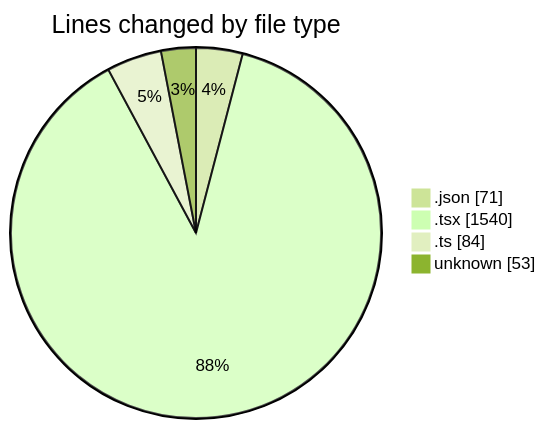
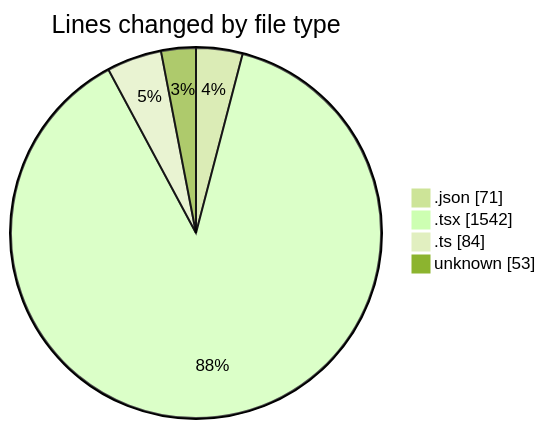
One commit to momahboobian/code-tracking changed the first of 2 diagrams in 2026-01-29/cda/README.md. Above: the diagram before and after it, drawn with Mermaid (forest theme). The commit also changed other lines of this file and 1 other file, not shown here.

````diff
--- a/2026-01-29/cda/README.md
+++ b/2026-01-29/cda/README.md
@@ -23,8 +23,8 @@
 ```mermaid
 pie showData
 title Lines changed by file type
 ".json" : 71
-".tsx" : 1540
+".tsx" : 1542
 ".ts" : 84
 "unknown" : 53
 ```
````
